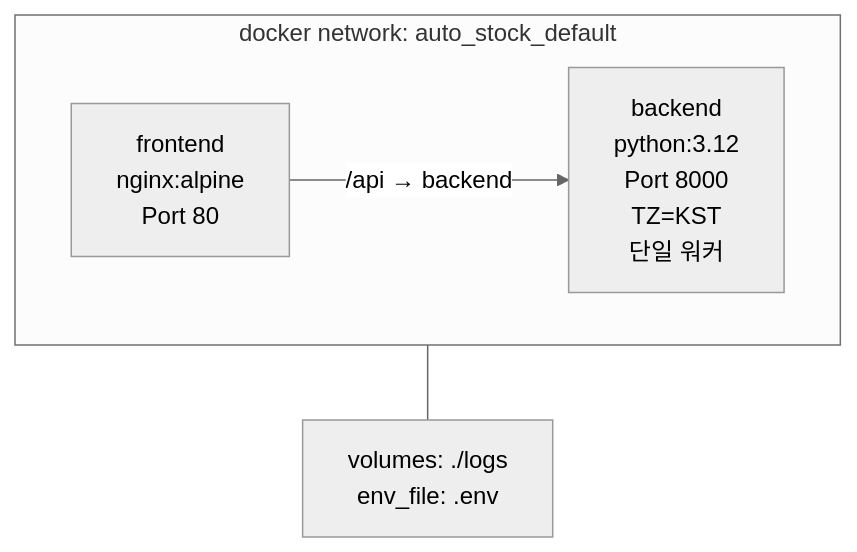
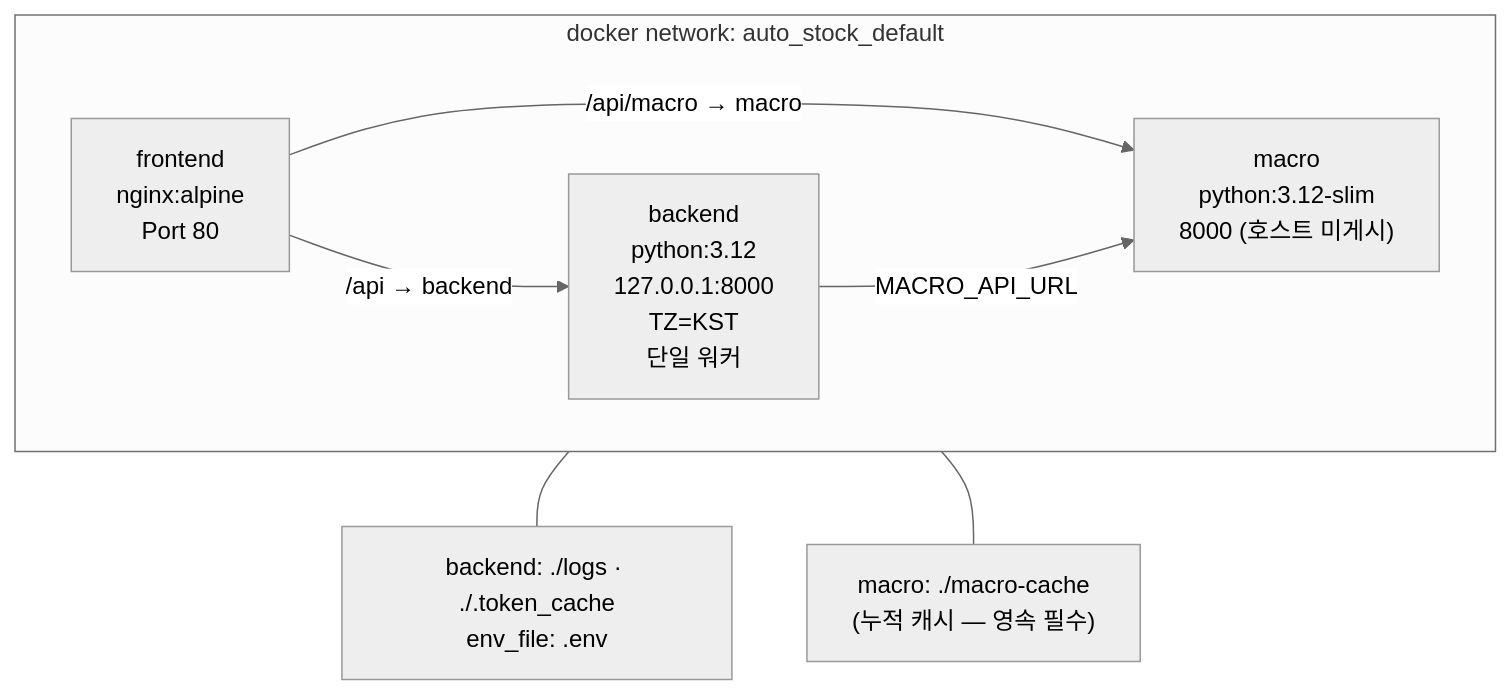
One commit to canduk910/auto_stock changed the third of 25 diagrams in docs/architecture.md. Above: the diagram before and after it, drawn with Mermaid (neutral theme). The commit also changed other lines of this file and 4 other files, not shown here.

First line of the commit message:
docs: architecture.md 를 7전략 전체로 확대(§4 엔진 그림·멤버 표, §8 매수 신호 흐름 8.3~8.7) + Mermaid 때 찾은 불일치 정리(컨테이너 3개·배포 모드·README kojiro·깨진 앵커) + param_drift.py 모듈 맵 + cycle363 행 정정 부기

````diff
--- a/docs/architecture.md
+++ b/docs/architecture.md
@@ -76,11 +82,16 @@
 ```mermaid
 flowchart TB
     subgraph NET["docker network: auto_stock_default"]
         direction LR
-        BE["backend<br/>python:3.12<br/>Port 8000<br/>TZ=KST<br/>단일 워커"]
+        BE["backend<br/>python:3.12<br/>127.0.0.1:8000<br/>TZ=KST<br/>단일 워커"]
         FE["frontend<br/>nginx:alpine<br/>Port 80"]
+        MAC["macro<br/>python:3.12-slim<br/>8000 (호스트 미게시)"]
         FE -->|"/api → backend"| BE
+        FE -->|"/api/macro → macro"| MAC
+        BE -->|"MACRO_API_URL"| MAC
     end
-    VOL["volumes: ./logs<br/>env_file: .env"]
-    NET --- VOL
+    VOLB["backend: ./logs · ./.token_cache<br/>env_file: .env"]
+    VOLM["macro: ./macro-cache<br/>(누적 캐시 — 영속 필수)"]
+    NET --- VOLB
+    NET --- VOLM
 ```
````
